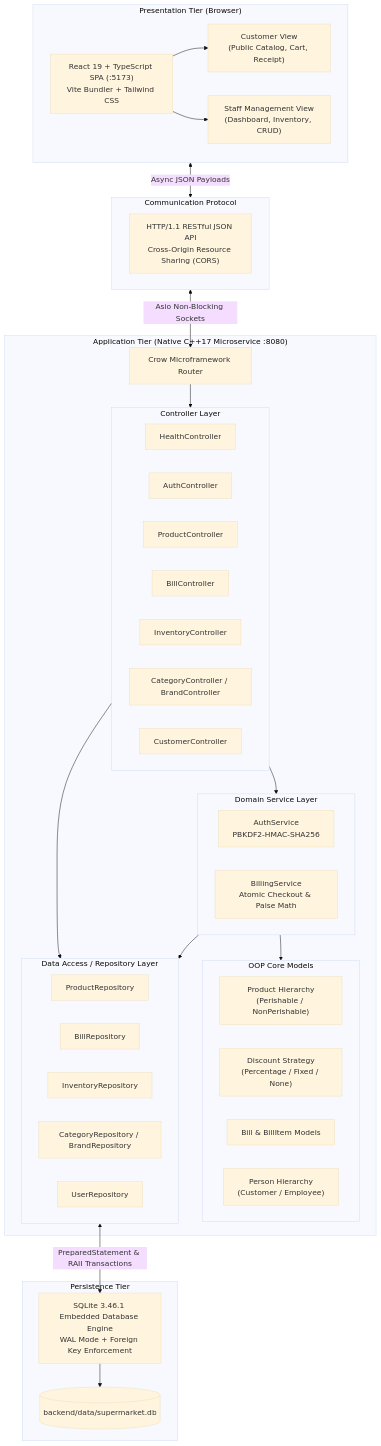
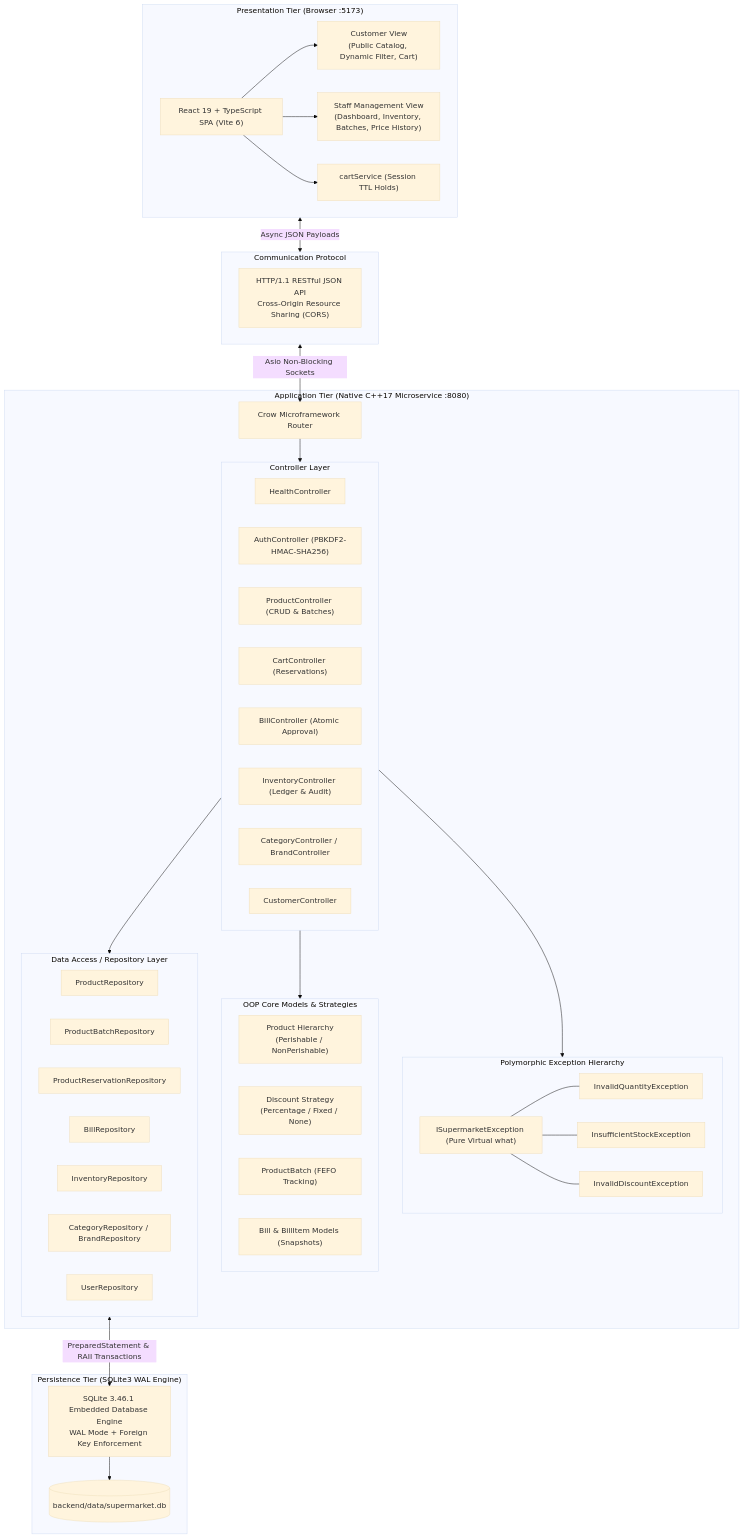
Before and after one commit to Sarthak-SethiNsd/Super-Market-Billing-System: the first of 2 diagrams in docs/SYSTEM_ARCHITECTURE.md, drawn with Mermaid (base theme). The commit also changed other lines of this file and 23 other files, not shown here.

Commit message:
fix(core): resolve edge cases across brand search, fixed discounts, and cart holds; update comprehensive technical documentation

````diff
--- a/docs/SYSTEM_ARCHITECTURE.md
+++ b/docs/SYSTEM_ARCHITECTURE.md
@@ -13,64 +36,73 @@
 ```mermaid
 graph TB
-    subgraph ClientLayer["Presentation Tier (Browser)"]
-        SPA["React 19 + TypeScript SPA (:5173)\nVite Bundler + Tailwind CSS"]
-        CustView["Customer View\n(Public Catalog, Cart, Receipt)"]
-        StaffView["Staff Management View\n(Dashboard, Inventory, CRUD)"]
+    subgraph ClientLayer["Presentation Tier (Browser :5173)"]
+        SPA["React 19 + TypeScript SPA (Vite 6)"]
+        CustView["Customer View\n(Public Catalog, Dynamic Filter, Cart)"]
+        StaffView["Staff Management View\n(Dashboard, Inventory, Batches, Price History)"]
+        CartService["cartService (Session TTL Holds)"]
         SPA --> CustView
         SPA --> StaffView
+        SPA --> CartService
     end
 
     subgraph TransportLayer["Communication Protocol"]
         REST["HTTP/1.1 RESTful JSON API\nCross-Origin Resource Sharing (CORS)"]
     end
 
     subgraph ServerLayer["Application Tier (Native C++17 Microservice :8080)"]
         Crow["Crow Microframework Router"]
 
         subgraph Controllers["Controller Layer"]
             HC["HealthController"]
-            AC["AuthController"]
-            PC["ProductController"]
-            BC["BillController"]
-            IC["InventoryController"]
+            AC["AuthController (PBKDF2-HMAC-SHA256)"]
+            PC["ProductController (CRUD & Batches)"]
+            CartC["CartController (Reservations)"]
+            BC["BillController (Atomic Approval)"]
+            IC["InventoryController (Ledger & Audit)"]
             CC["CategoryController / BrandController"]
             CstC["CustomerController"]
         end
 
-        subgraph Services["Domain Service Layer"]
-            AuthSvc["AuthService\nPBKDF2-HMAC-SHA256"]
-            BillSvc["BillingService\nAtomic Checkout & Paise Math"]
+        subgraph Exceptions["Polymorphic Exception Hierarchy"]
+            ExcepBase["ISupermarketException (Pure Virtual what)"]
+            InvQty["InvalidQuantityException"]
+            InsuffStk["InsufficientStockException"]
+            InvDisc["InvalidDiscountException"]
+            ExcepBase --- InvQty
+            ExcepBase --- InsuffStk
+            ExcepBase --- InvDisc
         end
 
-        subgraph DomainModels["OOP Core Models"]
+        subgraph DomainModels["OOP Core Models & Strategies"]
             Prod["Product Hierarchy\n(Perishable / NonPerishable)"]
             Disc["Discount Strategy\n(Percentage / Fixed / None)"]
-            BillM["Bill & BillItem Models"]
-            Pers["Person Hierarchy\n(Customer / Employee)"]
+            Batch["ProductBatch (FEFO Tracking)"]
+            BillM["Bill & BillItem Models (Snapshots)"]
         end
 
         subgraph Repositories["Data Access / Repository Layer"]
             PRepo["ProductRepository"]
+            BatchRepo["ProductBatchRepository"]
+            ResRepo["ProductReservationRepository"]
             BRepo["BillRepository"]
             IRepo["InventoryRepository"]
             CRepo["CategoryRepository / BrandRepository"]
             URepo["UserRepository"]
         end
 
         Crow --> Controllers
-        Controllers --> Services
-        Services --> DomainModels
+        Controllers --> Exceptions
+        Controllers --> DomainModels
         Controllers --> Repositories
-        Services --> Repositories
     end
 
-    subgraph DataLayer["Persistence Tier"]
+    subgraph DataLayer["Persistence Tier (SQLite3 WAL Engine)"]
         DBEngine["SQLite 3.46.1 Embedded Database Engine\nWAL Mode + Foreign Key Enforcement"]
         DBFile[("backend/data/supermarket.db")]
         DBEngine --> DBFile
     end
 
     ClientLayer <-->|Async JSON Payloads| TransportLayer
     TransportLayer <-->|Asio Non-Blocking Sockets| Crow
     Repositories <-->|PreparedStatement & RAII Transactions| DBEngine
 ```
````
